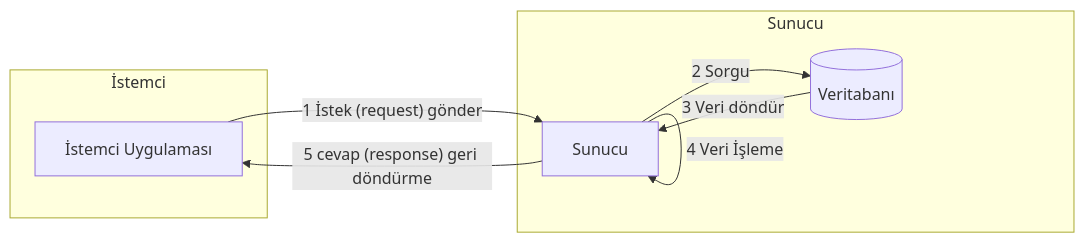
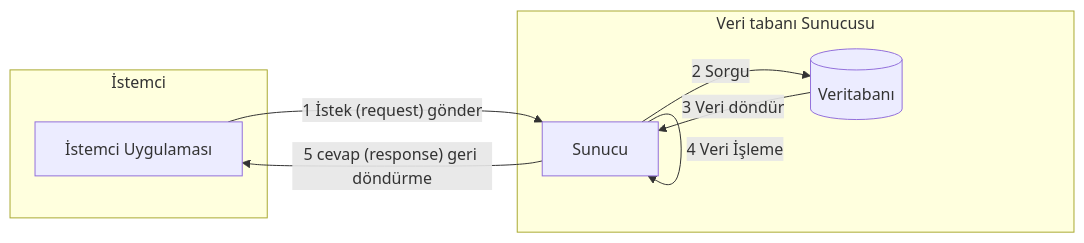
One commit to ati-ozgur/course-database changed the diagram in course-contents/diagrams/database-client-server-tr.md. Above: the diagram before and after it, drawn with Mermaid.

Commit message:
small fix

````diff
--- a/course-contents/diagrams/database-client-server-tr.md
+++ b/course-contents/diagrams/database-client-server-tr.md
@@ -1,18 +1,18 @@
 ```{mermaid}
 %%| fig-width: 7
 flowchart LR
     subgraph İstemci
         C[İstemci Uygulaması]
     end
 
-    subgraph Sunucu
+    subgraph "Veri tabanı Sunucusu"
         S[Sunucu]
         DB[(Veritabanı)]
     end
 
     C -- "1 İstek (request) gönder" --> S
     S -- "2 Sorgu" --> DB
     DB -- "3 Veri döndür" --> S
     S -- "4 Veri İşleme" --> S
     S -- "5 cevap (response) geri döndürme" --> C
 ```
````
